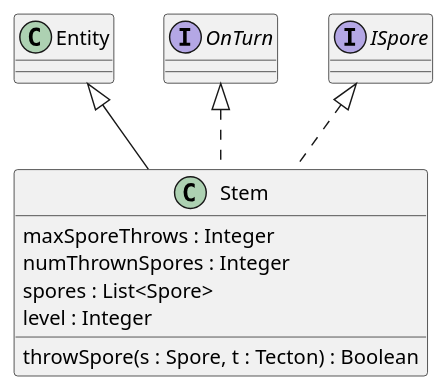
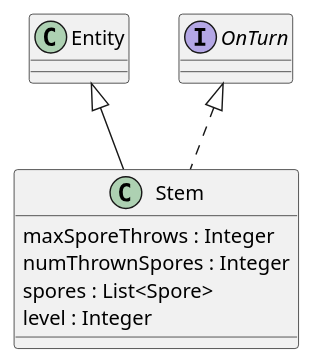
The diagram in 4/classes/stem.puml (Petya-G/fungorium), drawn with PlantUML before and after one commit. The commit also changed 10 other files, not shown here.

```diff
--- a/4/classes/stem.puml
+++ b/4/classes/stem.puml
@@ -1,11 +1,10 @@
 @startuml stem
 
-class Stem extends Entity implements OnTurn, ISpore{
+class Stem extends Entity implements OnTurn{
     maxSporeThrows : Integer
     numThrownSpores : Integer
     spores : List<Spore>
     level : Integer
-    throwSpore(s : Spore, t : Tecton) : Boolean
 }
 
 @enduml
```
